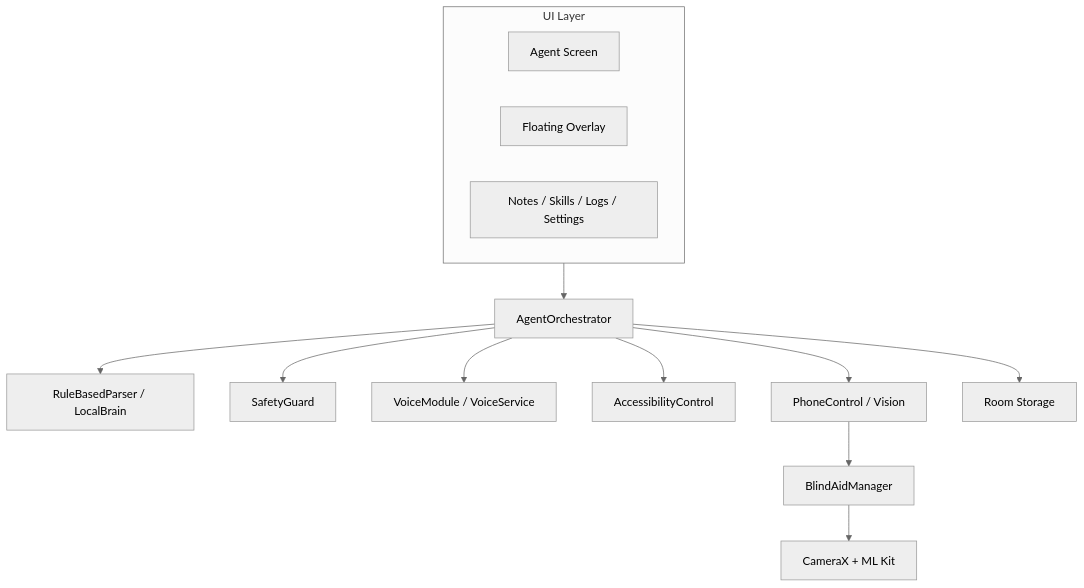
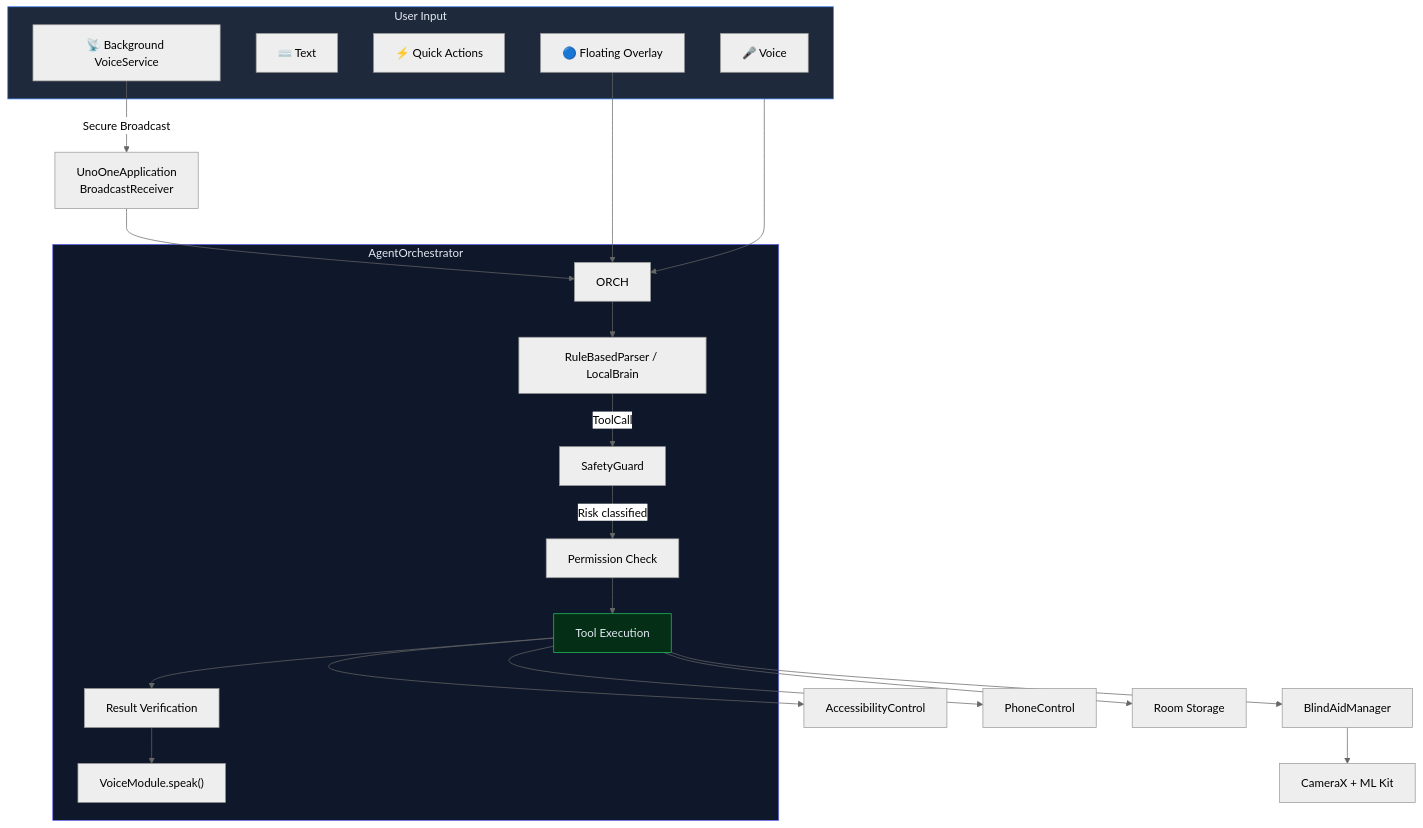
The diagram in README.md (inbharatai/UnoOne-Local-Agent), drawn with Mermaid (neutral theme) before and after one commit. The commit also changed other lines of this file and 1 other file, not shown here.

````diff
--- a/README.md
+++ b/README.md
@@ -100,19 +86,37 @@
 ```mermaid
 flowchart TB
-  subgraph UI[UI Layer]
-    A1[Agent Screen]
-    A2[Floating Overlay]
-    A3[Notes / Skills / Logs / Settings]
-  end
+    subgraph Entry["User Input"]
+        V["🎤 Voice"]
+        T["⌨️ Text"]
+        QA["⚡ Quick Actions"]
+        OV["🔵 Floating Overlay"]
+        BG["📡 Background VoiceService"]
+    end
 
-  UI --> ORCH[AgentOrchestrator]
-  ORCH --> PARSER[RuleBasedParser / LocalBrain]
-  ORCH --> SAFETY[SafetyGuard]
-  ORCH --> VOICE[VoiceModule / VoiceService]
-  ORCH --> ACCESS[AccessibilityControl]
-  ORCH --> PHONE[PhoneControl / Vision]
-  ORCH --> STORE[Room Storage]
+    Entry --> ORCH
 
-  PHONE --> BLIND[BlindAidManager]
-  BLIND --> CAM[CameraX + ML Kit]
+    subgraph Core["AgentOrchestrator"]
+        ORCH --> PARSER["RuleBasedParser / LocalBrain"]
+        PARSER -->|ToolCall| SAFETY["SafetyGuard"]
+        SAFETY -->|Risk classified| PERM["Permission Check"]
+        PERM --> EXEC["Tool Execution"]
+        EXEC --> VERIFY["Result Verification"]
+        VERIFY --> SPEAK["VoiceModule.speak()"]
+    end
+
+    EXEC --> ACCESS["AccessibilityControl"]
+    EXEC --> PHONE["PhoneControl"]
+    EXEC --> STORE["Room Storage"]
+    EXEC --> BLIND["BlindAidManager"]
+
+    BLIND --> CAM["CameraX + ML Kit"]
+
+    BG -->|Secure Broadcast| RX["UnoOneApplication<br/>BroadcastReceiver"]
+    RX --> ORCH
+
+    OV --> ORCH
+
+    style Entry fill:#1e293b,stroke:#3b82f6,color:#e2e8f0
+    style Core fill:#0f172a,stroke:#6366f1,color:#e2e8f0
+    style EXEC fill:#052e16,stroke:#22c55e,color:#e2e8f0
 ```
````
